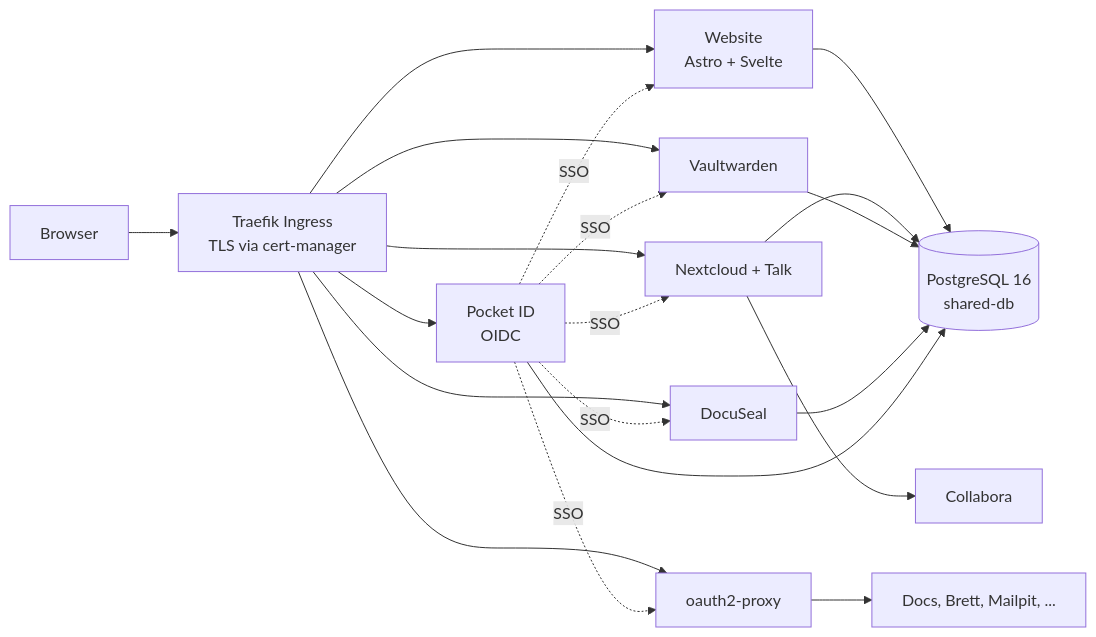
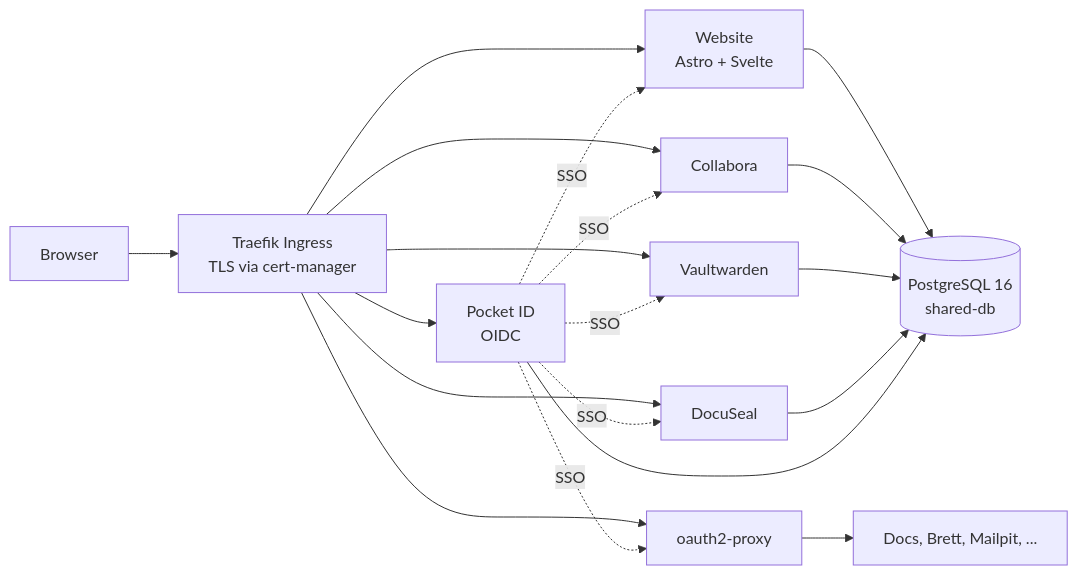
The diagram in README.md (Paddione/Bachelorprojekt), drawn with Mermaid before and after one commit. The commit also changed other lines of this file and 147 other files, not shown here.

````diff
--- a/README.md
+++ b/README.md
@@ -30,14 +30,13 @@
 ```mermaid
 flowchart LR
     U[Browser] --> T[Traefik Ingress<br/>TLS via cert-manager]
     T --> P[Pocket ID<br/>OIDC]
     T --> W[Website<br/>Astro + Svelte]
-    T --> N[Nextcloud + Talk]
+    T --> C[Collabora]
     T --> O[oauth2-proxy]
     O --> S[Docs, Brett, Mailpit, ...]
-    N --> C[Collabora]
     T --> V[Vaultwarden]
     T --> D[DocuSeal]
-    W & N & V & D & P --> DB[(PostgreSQL 16<br/>shared-db)]
-    P -. SSO .-> W & N & V & D & O
+    W & C & V & D & P --> DB[(PostgreSQL 16<br/>shared-db)]
+    P -. SSO .-> W & C & V & D & O
 ```
````
